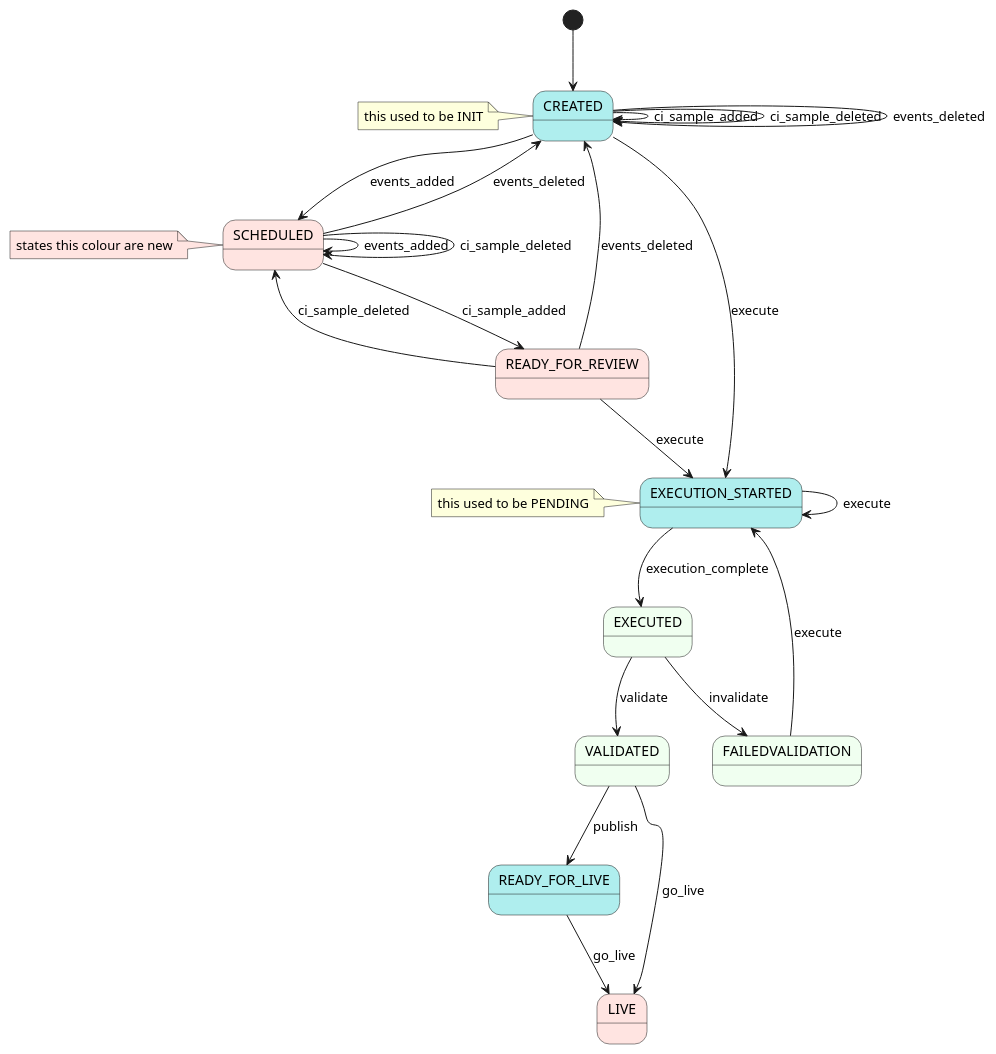
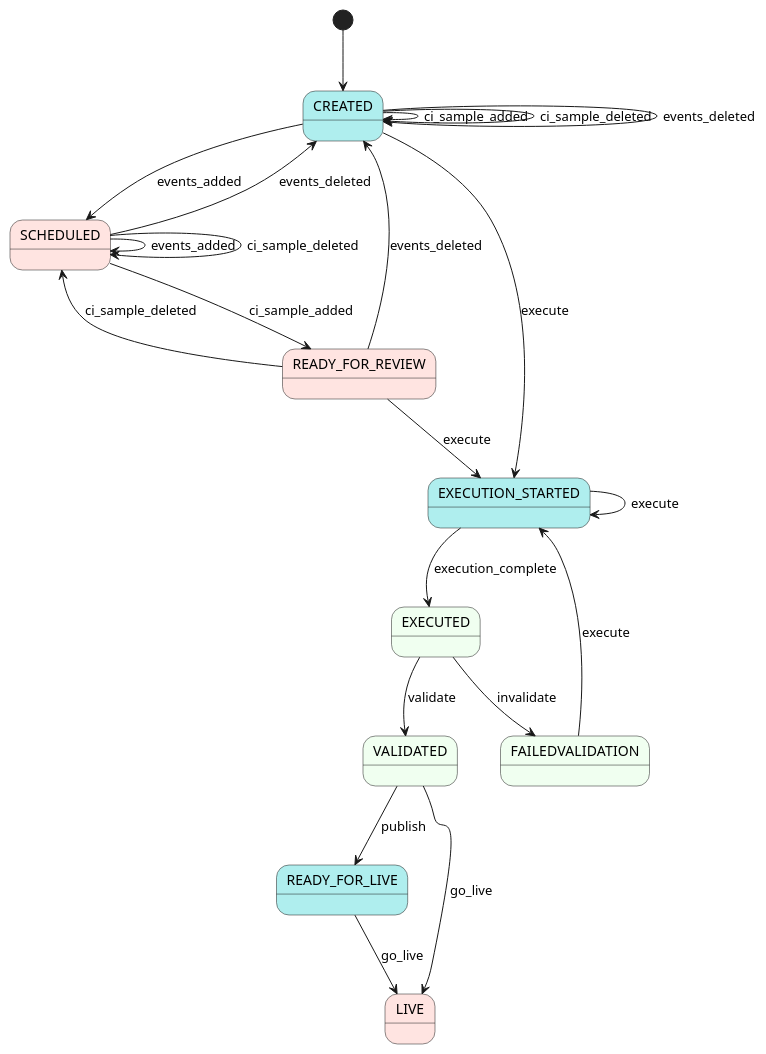
Before and after one commit to ONSdigital/rm-collection-exercise-service: the diagram in diagrams/collection-exercise-new-states.puml, drawn with PlantUML. The commit also changed 1 other file, not shown here.

```diff
--- a/diagrams/collection-exercise-new-states.puml
+++ b/diagrams/collection-exercise-new-states.puml
@@ -1,38 +1,33 @@
 @startuml
 skinparam state {
     BackgroundColor HoneyDew
     BackgroundColor<<New>> MistyRose
     BackgroundColor<<Changed>> PaleTurquoise
 }
 skinparam note {
     BackgroundColor<<New>> MistyRose
     BackgroundColor<<Changed>> PaleTurquoise
 }
 
 [*] --> CREATED
-note left of CREATED : this used to be INIT
 CREATED<<Changed>> --> CREATED : ci_sample_added
 CREATED<<Changed>> --> CREATED : ci_sample_deleted
 CREATED<<Changed>> --> CREATED : events_deleted
 CREATED<<Changed>> --> SCHEDULED : events_added
-note left #MistyRose
-   states this colour are new
-end note
 CREATED --> EXECUTION_STARTED : execute
 SCHEDULED<<New>> --> SCHEDULED : events_added
 SCHEDULED<<New>> --> SCHEDULED : ci_sample_deleted
 SCHEDULED<<New>> --> READY_FOR_REVIEW : ci_sample_added
 READY_FOR_REVIEW<<New>> --> SCHEDULED : ci_sample_deleted
 READY_FOR_REVIEW<<New>> --> CREATED : events_deleted
 SCHEDULED<<New>> --> CREATED : events_deleted
 READY_FOR_REVIEW<<New>> --> EXECUTION_STARTED : execute
 EXECUTION_STARTED<<Changed>> --> EXECUTION_STARTED : execute
-note left of EXECUTION_STARTED : this used to be PENDING
 EXECUTION_STARTED --> EXECUTED : execution_complete
 EXECUTED --> VALIDATED : validate
 EXECUTED --> FAILEDVALIDATION : invalidate
 VALIDATED --> READY_FOR_LIVE<<Changed>> : publish
 VALIDATED  --> LIVE : go_live
 READY_FOR_LIVE --> LIVE<<New>> : go_live
 FAILEDVALIDATION --> EXECUTION_STARTED : execute
 @enduml
```
